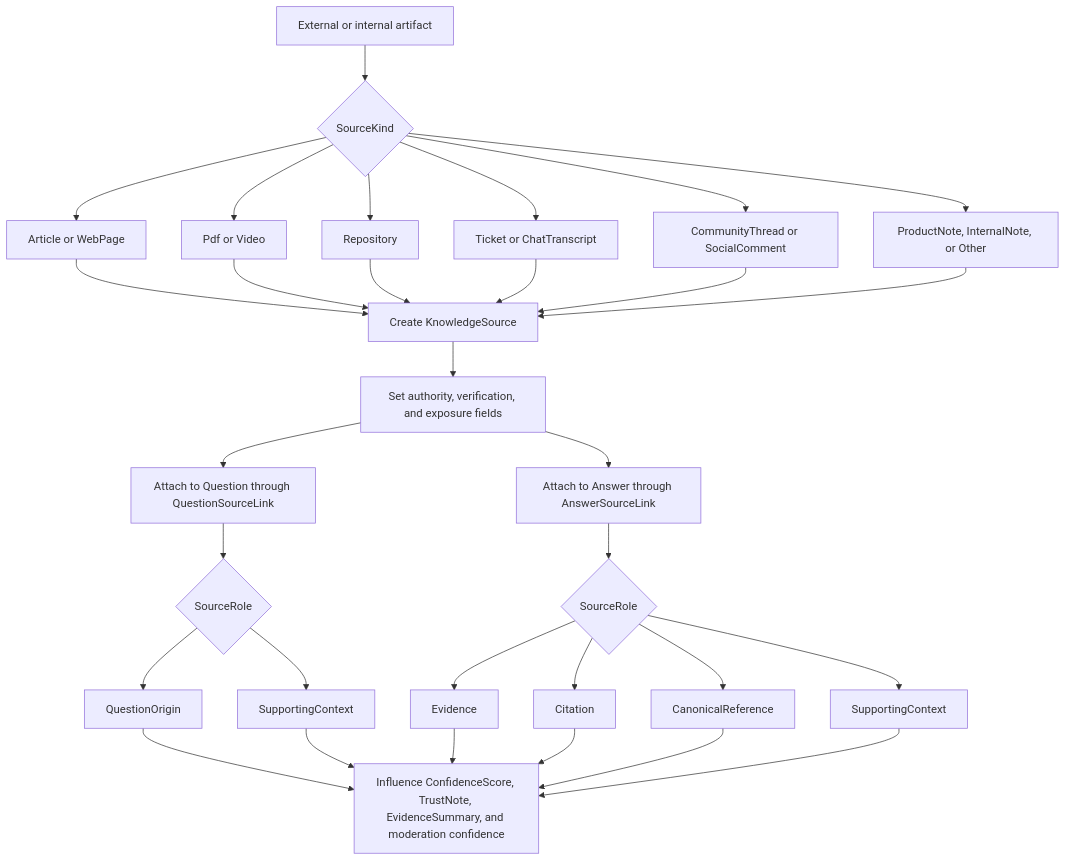
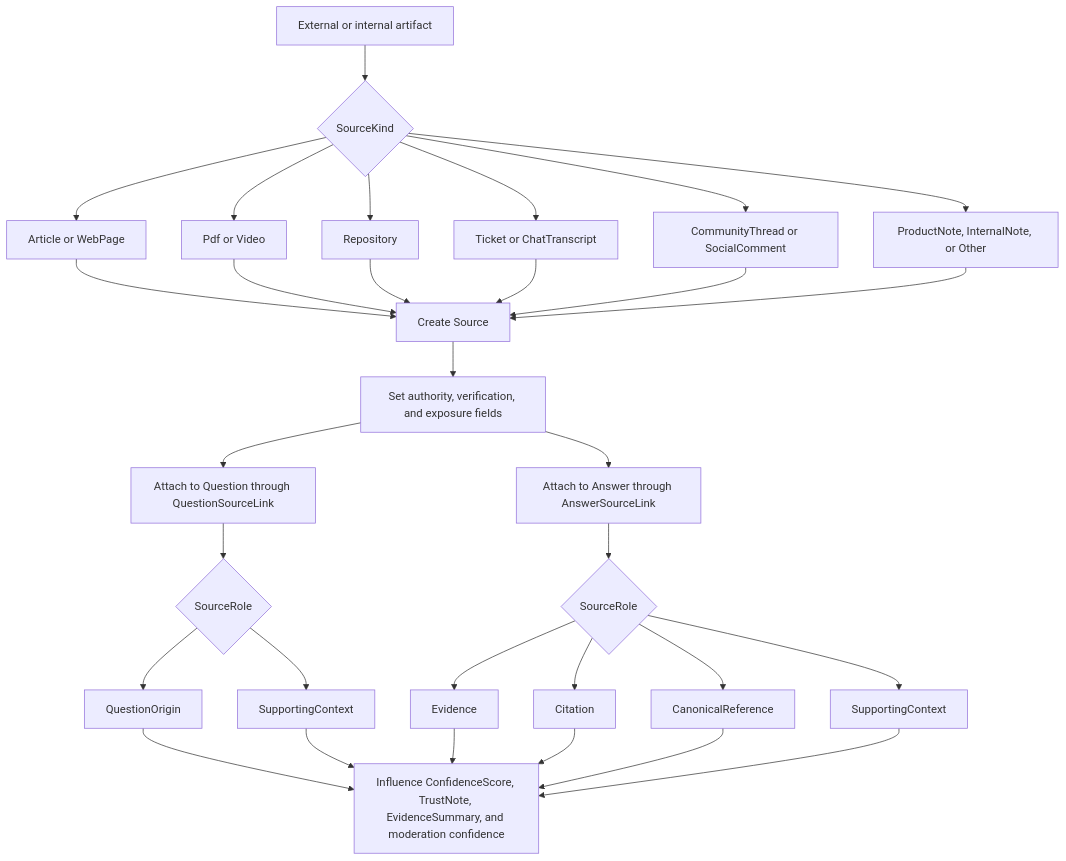
Before and after one commit to marcosrioj/querify: the diagram in dotnet/BaseFaq.Sample.Features.NewQaModel/Flows/05-source-traceability-and-trust.md, drawn with Mermaid. The commit also changed other lines of this file and 261 other files, not shown here.

````diff
--- a/dotnet/BaseFaq.Sample.Features.NewQaModel/Flows/05-source-traceability-and-trust.md
+++ b/dotnet/BaseFaq.Sample.Features.NewQaModel/Flows/05-source-traceability-and-trust.md
@@ -7,34 +7,34 @@
 ```mermaid
 flowchart TD
     Raw[External or internal artifact] --> Type{SourceKind}
     Type --> Article[Article or WebPage]
     Type --> File[Pdf or Video]
     Type --> Repo[Repository]
     Type --> Support[Ticket or ChatTranscript]
     Type --> Community[CommunityThread or SocialComment]
     Type --> Ops[ProductNote, InternalNote, or Other]
     Article --> Normalize
     File --> Normalize
     Repo --> Normalize
     Support --> Normalize
     Community --> Normalize
     Ops --> Normalize
-    Normalize[Create KnowledgeSource] --> Verify[Set authority, verification, and exposure fields]
+    Normalize[Create Source] --> Verify[Set authority, verification, and exposure fields]
     Verify --> QAttach[Attach to Question through QuestionSourceLink]
     Verify --> AAttach[Attach to Answer through AnswerSourceLink]
     QAttach --> QRole{SourceRole}
     AAttach --> ARole{SourceRole}
     QRole --> QOrigin[QuestionOrigin]
     QRole --> QContext[SupportingContext]
     ARole --> AEvidence[Evidence]
     ARole --> ACitation[Citation]
     ARole --> ACanonical[CanonicalReference]
     ARole --> AContext[SupportingContext]
     QOrigin --> Trust
     QContext --> Trust
     AEvidence --> Trust
     ACitation --> Trust
     ACanonical --> Trust
     AContext --> Trust
     Trust[Influence ConfidenceScore, TrustNote, EvidenceSummary, and moderation confidence]
 ```
````
